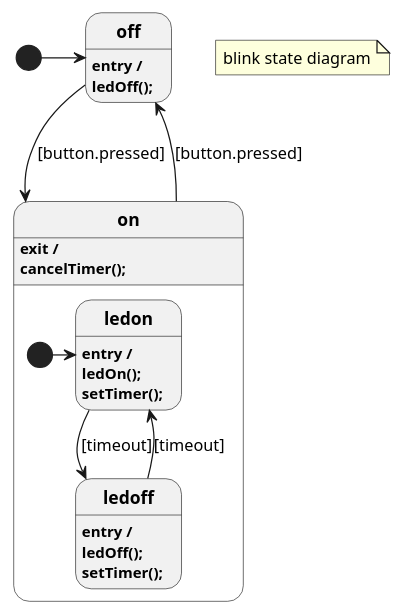
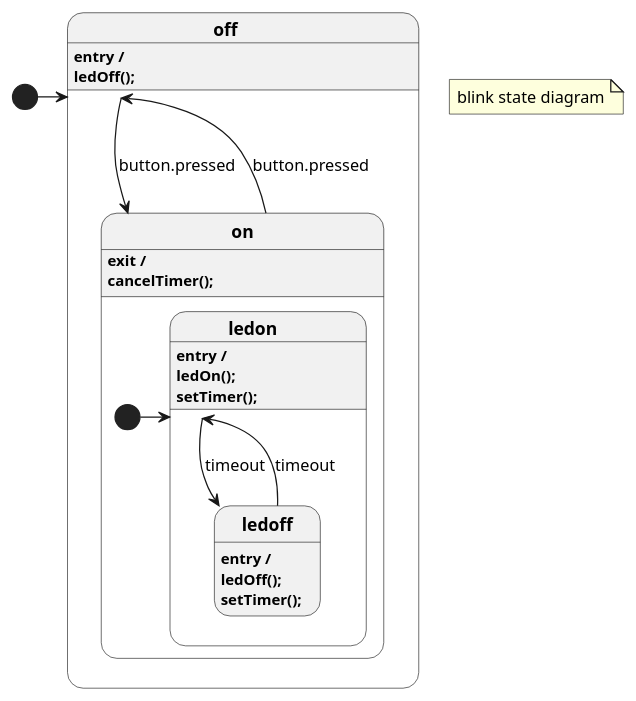
One commit to mryndzionek/scxml2plantuml changed the diagram in gen/blink.pu. Above: the diagram before and after it, drawn with PlantUML. The commit also changed 13 other files, not shown here.

```diff
--- a/gen/blink.pu
+++ b/gen/blink.pu
@@ -1,32 +1,41 @@
 @startuml
 
 skinparam state {
   FontStyle bold
 }
 
 note "blink state diagram" as TITLENOTE
 
 [*] -> off
+state off {
 off : **entry /** 
 off : ledOff();
-    off --> on : [button.pressed] 
+    off --> on : button.pressed 
+
+}
 
 state on {
 on : **exit /** 
 on : cancelTimer();
     [*] -> ledon
-    on --> off : [button.pressed] 
+    on --> off : button.pressed 
 
+state ledon {
 ledon : **entry /** 
 ledon : ledOn();
 ledon : setTimer();
-    ledon --> ledoff : [timeout] 
+    ledon --> ledoff : timeout 
 
+}
+
+state ledoff {
 ledoff : **entry /** 
 ledoff : ledOff();
 ledoff : setTimer();
-    ledoff --> ledon : [timeout] 
+    ledoff --> ledon : timeout 
+
+}
 
 }
 
 @enduml
```
